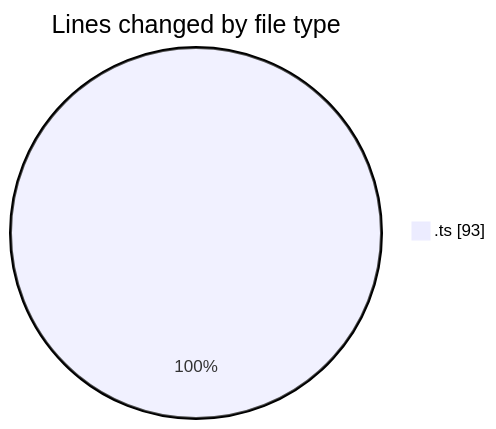
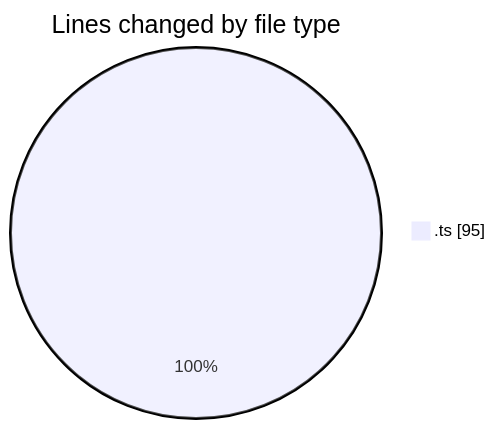
The first of 2 diagrams in 2026-03-31/cinema/README.md (igalym/code-tracking), drawn with Mermaid before and after one commit. The commit also changed other lines of this file and 1 other file, not shown here.

````diff
--- a/2026-03-31/cinema/README.md
+++ b/2026-03-31/cinema/README.md
@@ -25,5 +25,5 @@
 ```mermaid
 pie showData
 title Lines changed by file type
-".ts" : 93
+".ts" : 95
 ```
````
